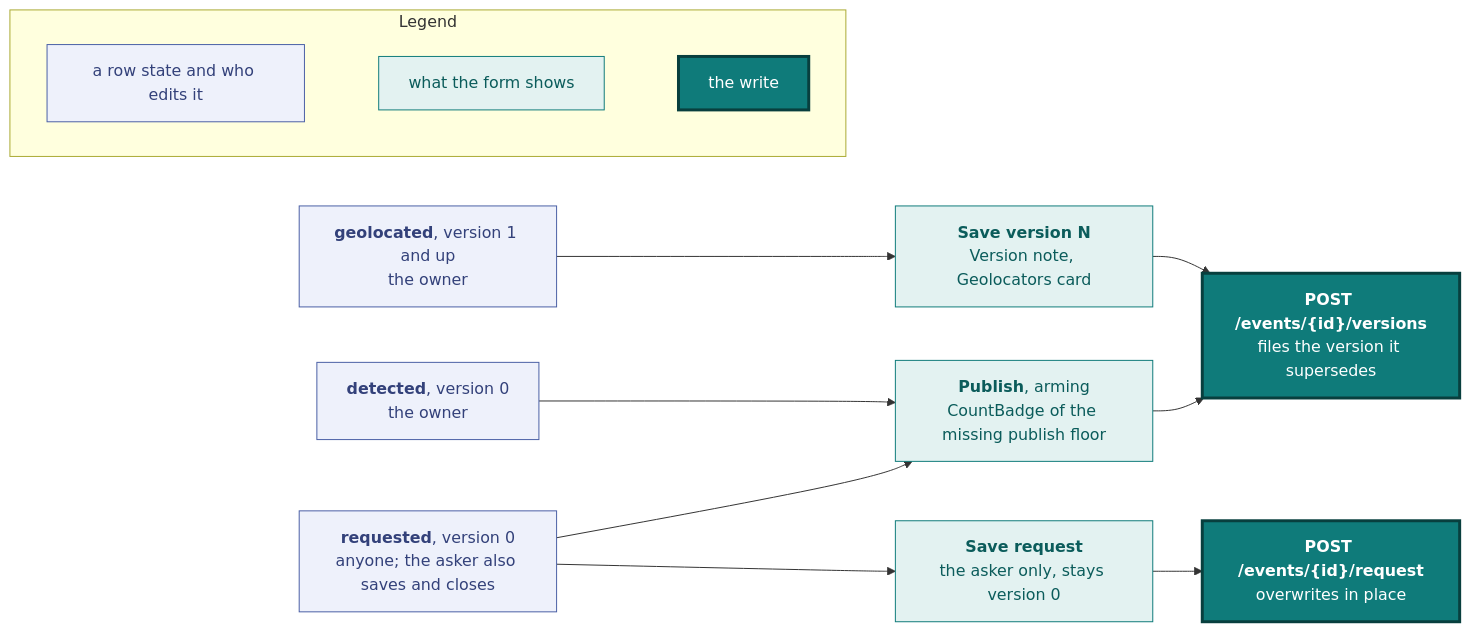
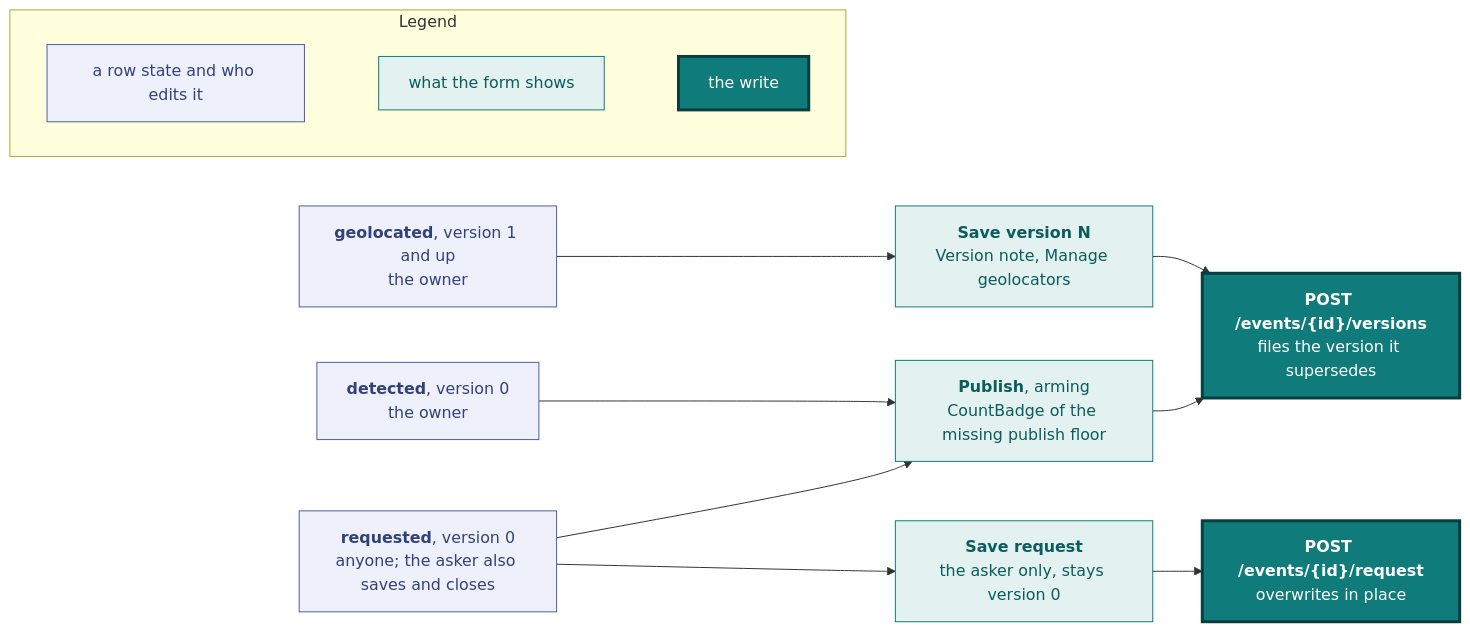
The tenth of 15 diagrams in docs/design.md (vidithq/vidit), drawn with Mermaid before and after one commit. The commit also changed other lines of this file and 20 other files, not shown here.

````diff
--- a/docs/design.md
+++ b/docs/design.md
@@ -991,38 +994,38 @@
 ```mermaid
 flowchart LR
   classDef spec fill:#eef1fb,stroke:#4a5fa5,color:#33417a
   classDef shared fill:#e3f2f1,stroke:#0f7b7a,color:#0b5c5b
   classDef core fill:#0f7b7a,stroke:#083f3e,stroke-width:3px,color:#ffffff
 
   subgraph legend [Legend]
     direction LR
     l1["`a row state and who edits it`"]:::spec
     l2["`what the form shows`"]:::shared
     l3["`the write`"]:::core
     l1 ~~~ l2 ~~~ l3
   end
 
   request["`**requested**, version 0
   anyone; the asker also saves and closes`"]:::spec
   detection["`**detected**, version 0
   the owner`"]:::spec
   published["`**geolocated**, version 1 and up
   the owner`"]:::spec
   publish["`**Publish**, arming
   CountBadge of the missing publish floor`"]:::shared
   save_request["`**Save request**
   the asker only, stays version 0`"]:::shared
   save["`**Save version N**
-  Version note, Geolocators card`"]:::shared
+  Version note, Manage geolocators`"]:::shared
   versions["`**POST /events/{id}/versions**
   files the version it supersedes`"]:::core
   request_write["`**POST /events/{id}/request**
   overwrites in place`"]:::core
 
   request --> publish
   request --> save_request --> request_write
   detection --> publish
   published --> save
   publish --> versions
   save --> versions
 ```
````
